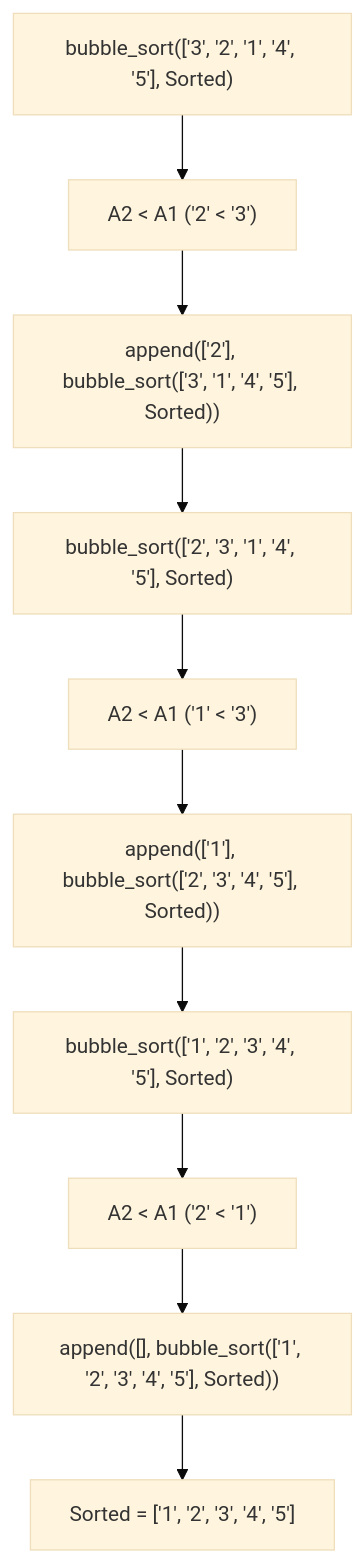
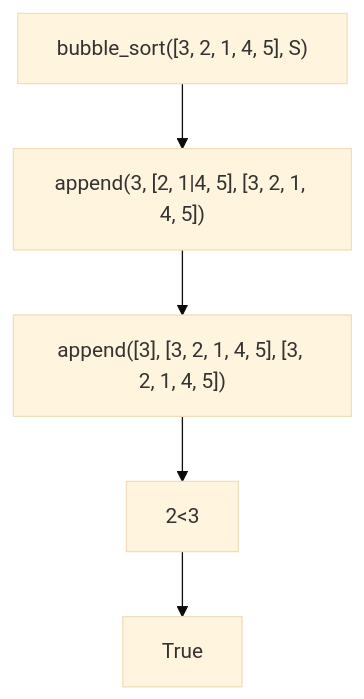
One commit to akarmanov2022/tusur-fp-1 changed the diagram in src/lab-7/bubble-sort.md. Above: the diagram before and after it, drawn with Mermaid (base theme). The commit also changed 2 other files, not shown here.

Commit message:
feat: Implement bubble sort and insertion sort algorithms
The code changes add implementations of the bubble sort and insertion sort algorithms in Prolog. These sorting algorithms will be useful for sorting lists in Prolog programs.

````diff
--- a/src/lab-7/bubble-sort.md
+++ b/src/lab-7/bubble-sort.md
@@ -1,10 +1,8 @@
 ```mermaid
 graph TB
-    A["bubble_sort(['3', '2', '1', '4', '5'], Sorted)"] --> B["A2 < A1 ('2' < '3')"]
-    B --> C["append(['2'], bubble_sort(['3', '1', '4', '5'], Sorted))"]
-    C --> D["bubble_sort(['2', '3', '1', '4', '5'], Sorted)"] --> E["A2 < A1 ('1' < '3')"]
-    E --> F["append(['1'], bubble_sort(['2', '3', '4', '5'], Sorted))"]
-    F --> G["bubble_sort(['1', '2', '3', '4', '5'], Sorted)"] --> H["A2 < A1 ('2' < '1')"]
-    H --> I["append([], bubble_sort(['1', '2', '3', '4', '5'], Sorted))"]
-    I --> J["Sorted = ['1', '2', '3', '4', '5']"]
+    C11["bubble_sort([3, 2, 1, 4, 5], S)"]
+    C12["append(3, [2, 1|4, 5], [3, 2, 1, 4, 5])"]
+    C13["append([3], [3, 2, 1, 4, 5], [3, 2, 1, 4, 5])"]
+    C14["2<3"] --> True
+    C11 --> C12 --> C13 --> C14
 ```
````
